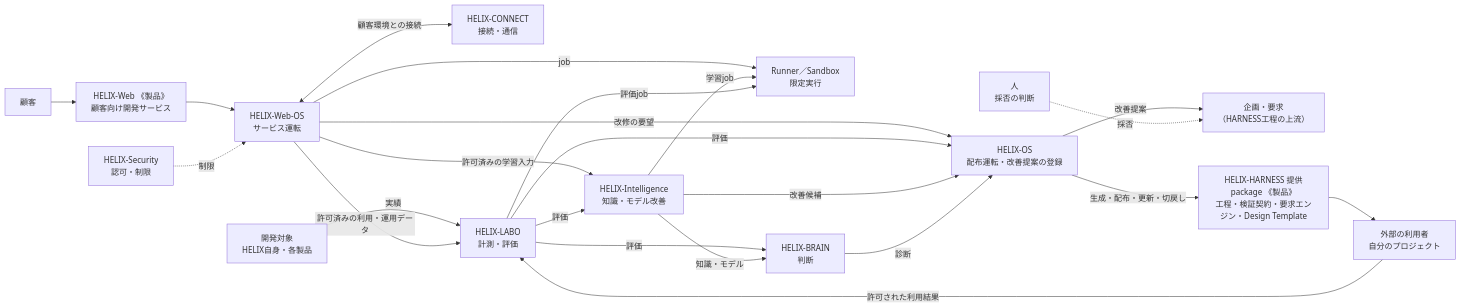
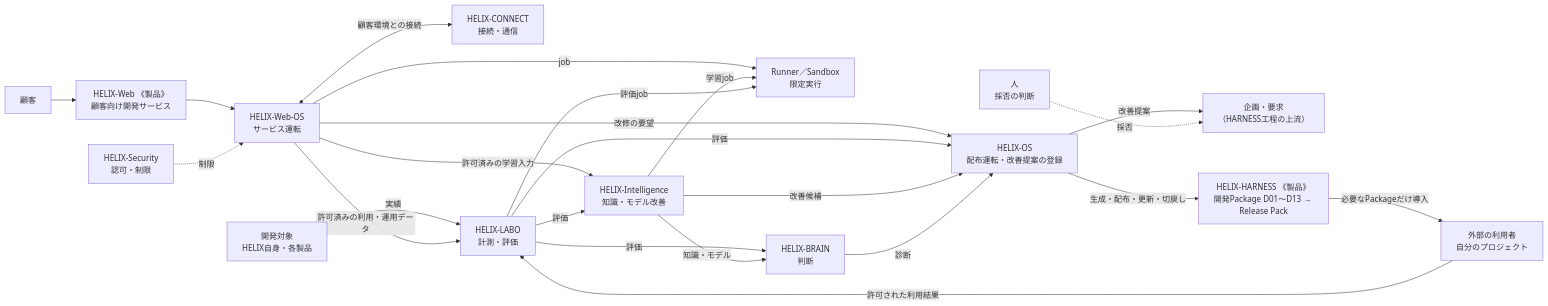
Before and after one commit to RetryYN/HELIX-HARNESS: the second of 2 diagrams in docs/concept/helix-concept.md, drawn with Mermaid. The commit also changed other lines of this file, not shown here.

Commit message:
docs: add HARNESS package lineup to Concept

````diff
--- a/docs/concept/helix-concept.md
+++ b/docs/concept/helix-concept.md
@@ -121,41 +121,41 @@
 ```mermaid
 flowchart LR
     REQ2["企画・要求<br/>（HARNESS工程の上流）"]
     Human["人<br/>採否の判断"]
     Targets["開発対象<br/>HELIX自身・各製品"]
-    PKG["HELIX-HARNESS 提供package 《製品》<br/>工程・検証契約・要求エンジン・Design Template"]
+    PKG["HELIX-HARNESS 《製品》<br/>開発Package D01〜D13 → Release Pack"]
     ExtUser["外部の利用者<br/>自分のプロジェクト"]
     Customer["顧客"]
     WEB["HELIX-Web 《製品》<br/>顧客向け開発サービス"]
     WEBOS["HELIX-Web-OS<br/>サービス運転"]
     CONNECT["HELIX-CONNECT<br/>接続・通信"]
     RUNNER["Runner／Sandbox<br/>限定実行"]
     LABO["HELIX-LABO<br/>計測・評価"]
     INT["HELIX-Intelligence<br/>知識・モデル改善"]
     BRAIN["HELIX-BRAIN<br/>判断"]
     OS["HELIX-OS<br/>配布運転・改善提案の登録"]
     SEC["HELIX-Security<br/>認可・制限"]
 
     OS -->|生成・配布・更新・切戻し| PKG
-    PKG --> ExtUser
+    PKG -->|必要なPackageだけ導入| ExtUser
     ExtUser -->|許可された利用結果| LABO
     Customer --> WEB
     WEB --> WEBOS
     WEBOS <-->|顧客環境との接続| CONNECT
     WEBOS -->|job| RUNNER
     SEC -.->|制限| WEBOS
     Targets -->|実績| LABO
     WEBOS -->|許可済みの利用・運用データ| LABO
     WEBOS -->|許可済みの学習入力| INT
     WEBOS -->|改修の要望| OS
     LABO -->|評価| BRAIN
     LABO -->|評価| INT
     LABO -->|評価| OS
     INT -->|知識・モデル| BRAIN
     INT -->|改善候補| OS
     INT -->|学習job| RUNNER
     LABO -->|評価job| RUNNER
     BRAIN -->|診断| OS
     OS -->|改善提案| REQ2
     Human -.->|採否| REQ2
 ```
````
